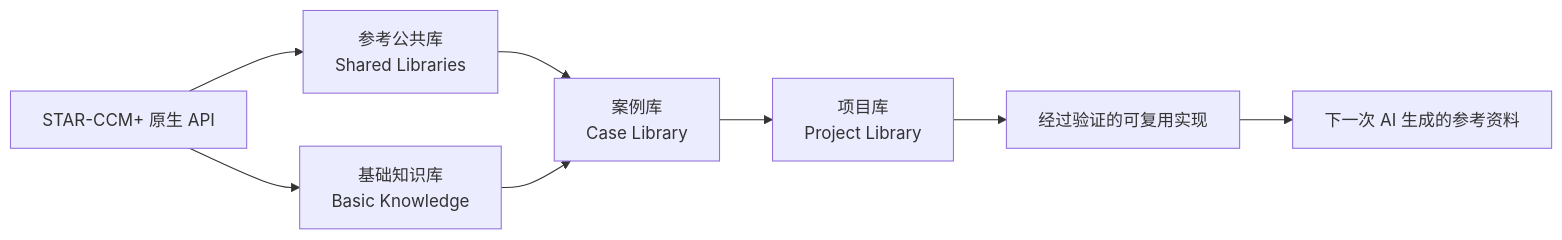
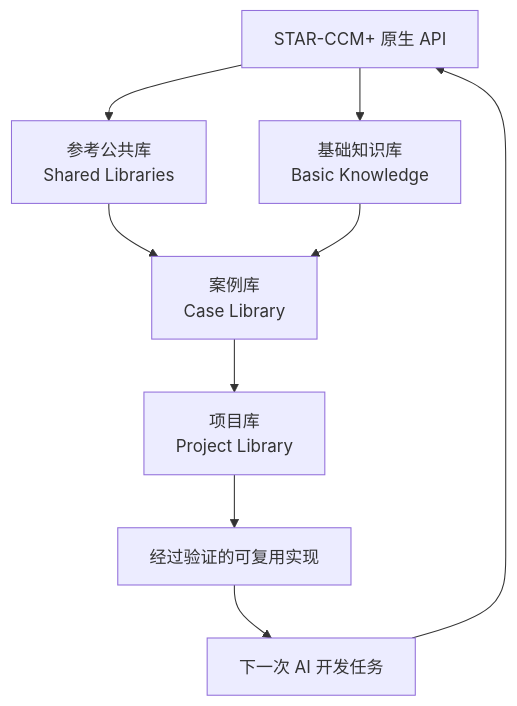
Before and after one commit to HBGuo-0903/starccm-ai-engineering-workbench: the second of 3 diagrams in README.md, drawn with Mermaid. The commit also changed other lines of this file, not shown here.

````diff
--- a/README.md
+++ b/README.md
@@ -98,10 +80,12 @@
 ```mermaid
-flowchart LR
-    A[STAR-CCM+ 原生 API] --> B[参考公共库<br/>Shared Libraries]
+flowchart TD
+    A[STAR-CCM+ 原生 API]
+    A --> B[参考公共库<br/>Shared Libraries]
     A --> C[基础知识库<br/>Basic Knowledge]
     B --> D[案例库<br/>Case Library]
     C --> D
     D --> E[项目库<br/>Project Library]
     E --> F[经过验证的可复用实现]
-    F --> G[下一次 AI 生成的参考资料]
+    F --> G[下一次 AI 开发任务]
+    G --> A
 ```
````
